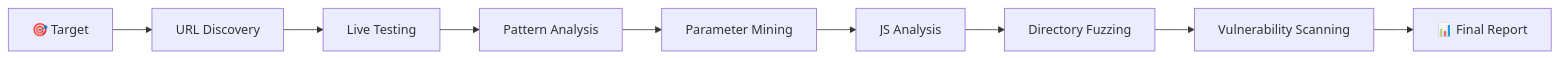
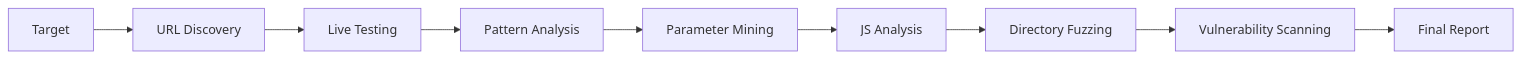
The second of 3 diagrams in README.md (vikrantbatra05/HuntTheBug), drawn with Mermaid before and after one commit. The commit also changed other lines of this file, not shown here.

````diff
--- a/README.md
+++ b/README.md
@@ -384,11 +382,11 @@
 ```mermaid
 graph LR
-    A[🎯 Target] --> B[URL Discovery]
+    A[Target] --> B[URL Discovery]
     B --> C[Live Testing]
     C --> D[Pattern Analysis]
     D --> E[Parameter Mining]
     E --> F[JS Analysis]
     F --> G[Directory Fuzzing]
     G --> H[Vulnerability Scanning]
-    H --> I[📊 Final Report]
+    H --> I[Final Report]
 ```
````
